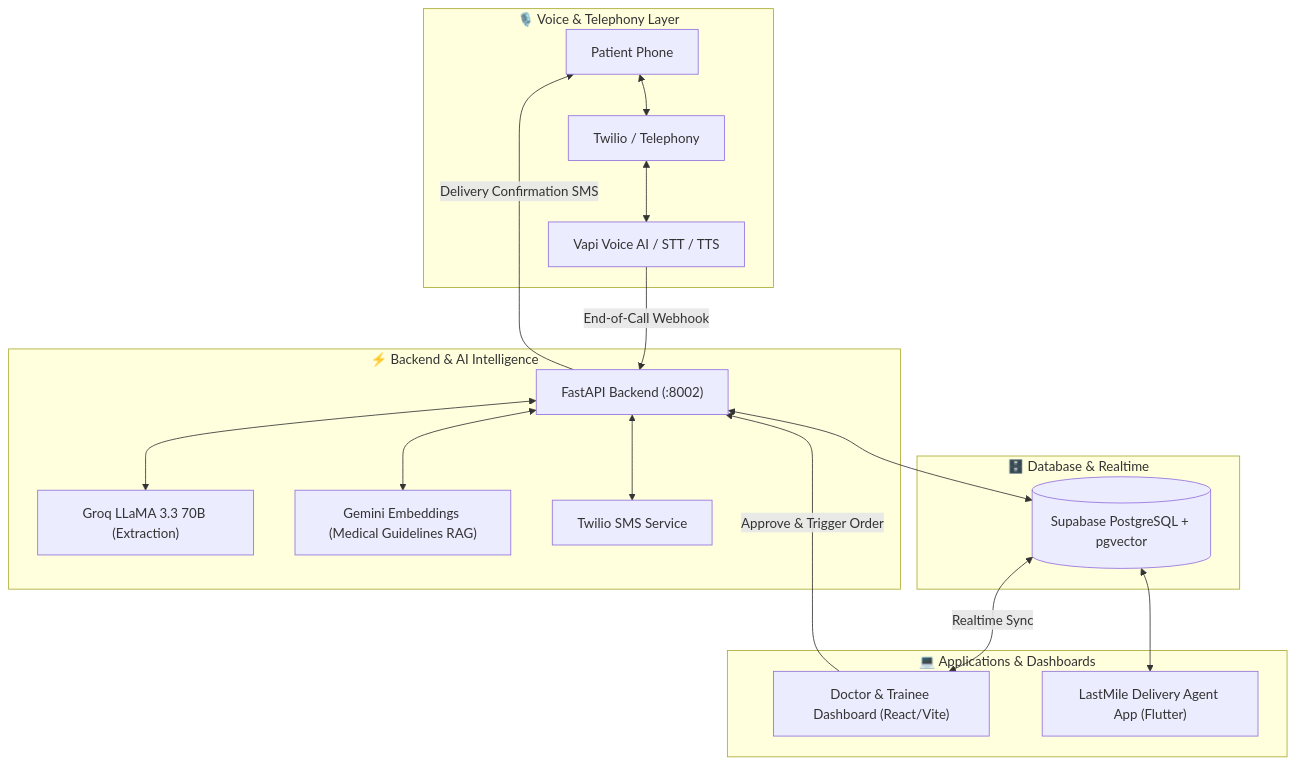
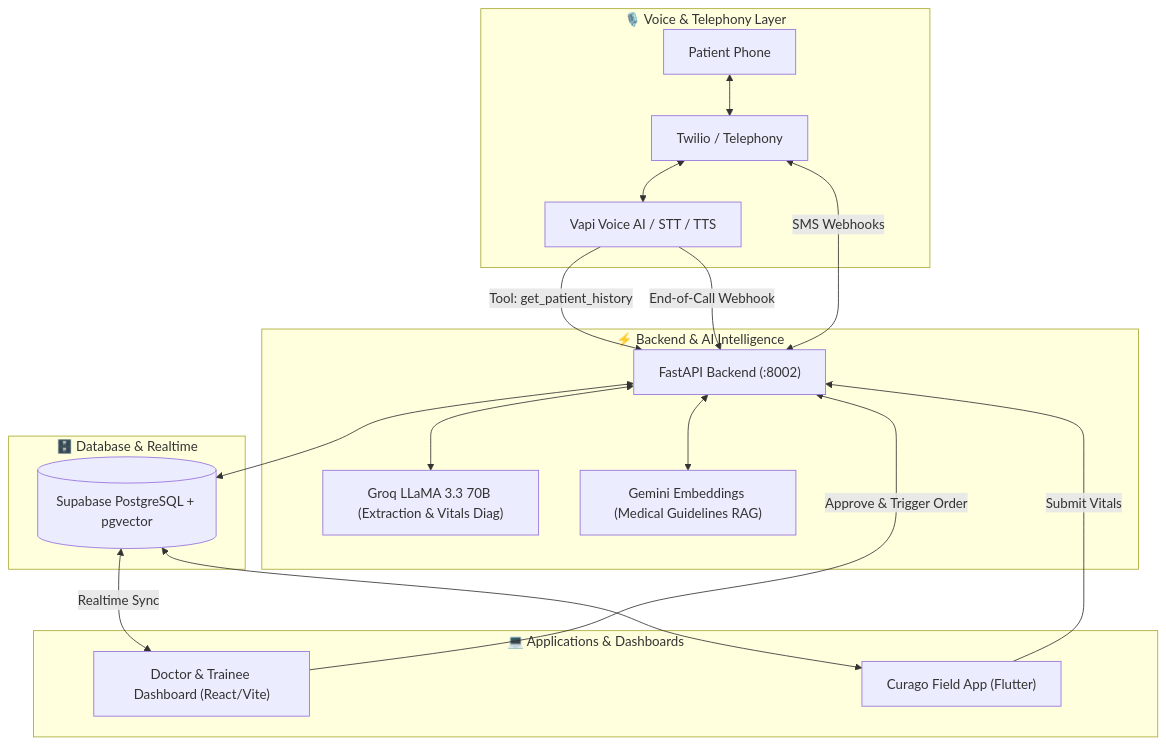
One commit to vaibhav7087/CURAGO changed the second of 2 diagrams in README.md. Above: the diagram before and after it, drawn with Mermaid. The commit also changed other lines of this file, not shown here.

Commit message:
docs: update architecture, HLD/LLD diagrams, and instructions for new follow-up features

````diff
--- a/README.md
+++ b/README.md
@@ -51,25 +53,26 @@
 ```mermaid
 flowchart TD
     subgraph Voice ["🎙️ Voice & Telephony Layer"]
         P[Patient Phone] <--> Twilio[Twilio / Telephony]
         Twilio <--> Vapi[Vapi Voice AI / STT / TTS]
     end
 
     subgraph Backend ["⚡ Backend & AI Intelligence"]
-        Vapi -->|End-of-Call Webhook| Fast["FastAPI Backend (:8002)"]
-        Fast <--> Groq["Groq LLaMA 3.3 70B (Extraction)"]
+        Vapi -->|Tool: get_patient_history| Fast["FastAPI Backend (:8002)"]
+        Vapi -->|End-of-Call Webhook| Fast
+        Fast <--> Groq["Groq LLaMA 3.3 70B (Extraction & Vitals Diag)"]
         Fast <--> RAG["Gemini Embeddings (Medical Guidelines RAG)"]
-        Fast <--> SMS["Twilio SMS Service"]
+        Twilio <-->|SMS Webhooks| Fast
     end
 
     subgraph Data ["🗄️ Database & Realtime"]
         Fast <--> DB[("Supabase PostgreSQL + pgvector")]
     end
 
     subgraph Frontends ["💻 Applications & Dashboards"]
         DB <-->|Realtime Sync| DoctorDash["Doctor & Trainee Dashboard (React/Vite)"]
-        DB <--> FlutterApp["LastMile Delivery Agent App (Flutter)"]
+        DB <--> FlutterApp["Curago Field App (Flutter)"]
         DoctorDash -->|Approve & Trigger Order| Fast
-        Fast -->|Delivery Confirmation SMS| P
+        FlutterApp -->|Submit Vitals| Fast
     end
 ```
````
